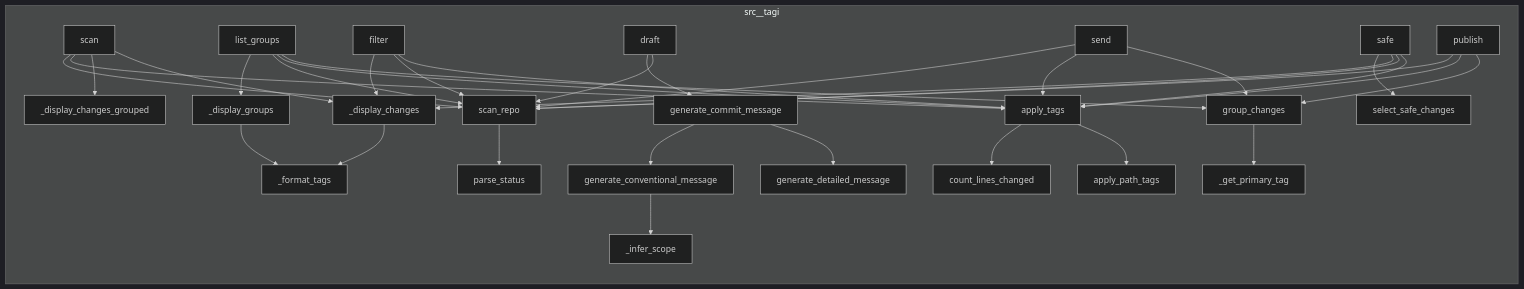
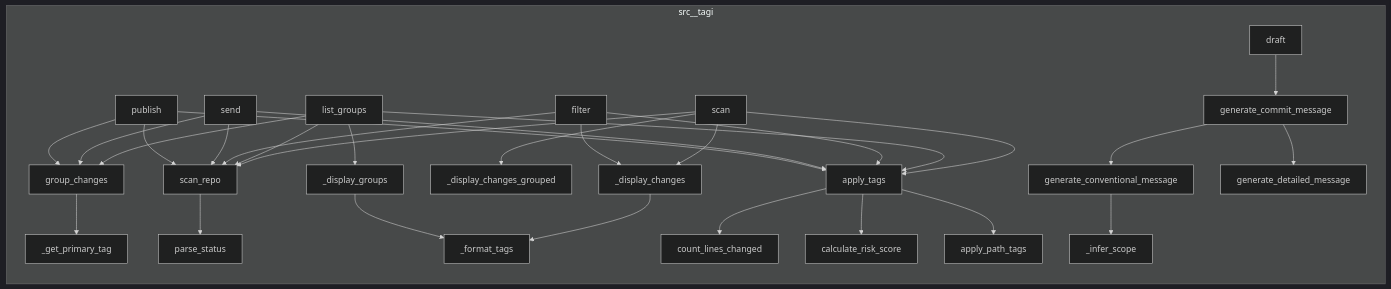
The diagram in project/calls.mmd (semcod/tagi), drawn with Mermaid (dark theme) before and after one commit. The commit also changed 36 other files, not shown here.

```diff
--- a/project/calls.mmd
+++ b/project/calls.mmd
@@ -1,59 +1,54 @@
 flowchart LR
 %% generated in 0.00s
     subgraph src__tagi
-        src__tagi__cli__scan["scan"]
-        src__tagi__scanner__files__count_lines_changed["count_lines_changed"]
-        src__tagi__scanner__status__parse_status["parse_status"]
-        src__tagi__composer__commit_message__generate_conventional_message["generate_conventional_message"]
-        src__tagi__heuristics__tags__apply_tags["apply_tags"]
-        src__tagi__cli__publish["publish"]
-        src__tagi__cli__send["send"]
-        src__tagi__composer__commit_message___infer_scope["_infer_scope"]
-        src__tagi__planner__selector__select_safe_changes["select_safe_changes"]
-        src__tagi__cli__safe["safe"]
-        src__tagi__planner__grouper__group_changes["group_changes"]
-        src__tagi__cli__list_groups["list_groups"]
-        src__tagi__composer__commit_message__generate_commit_message["generate_commit_message"]
-        src__tagi__composer__commit_message__generate_detailed_message["generate_detailed_message"]
-        src__tagi__cli__filter["filter"]
-        src__tagi__cli___display_changes_grouped["_display_changes_grouped"]
         src__tagi__cli__draft["draft"]
         src__tagi__heuristics__tags__apply_path_tags["apply_path_tags"]
+        src__tagi__scanner__files__count_lines_changed["count_lines_changed"]
         src__tagi__cli___display_groups["_display_groups"]
+        src__tagi__cli__scan["scan"]
+        src__tagi__composer__commit_message__generate_detailed_message["generate_detailed_message"]
         src__tagi__planner__grouper___get_primary_tag["_get_primary_tag"]
-        src__tagi__cli___display_changes["_display_changes"]
+        src__tagi__cli___display_changes_grouped["_display_changes_grouped"]
         src__tagi__scanner__status__scan_repo["scan_repo"]
         src__tagi__cli___format_tags["_format_tags"]
+        src__tagi__heuristics__scoring__calculate_risk_score["calculate_risk_score"]
+        src__tagi__composer__commit_message__generate_commit_message["generate_commit_message"]
+        src__tagi__composer__commit_message___infer_scope["_infer_scope"]
+        src__tagi__cli__filter["filter"]
+        src__tagi__cli__list_groups["list_groups"]
+        src__tagi__cli__publish["publish"]
+        src__tagi__composer__commit_message__generate_conventional_message["generate_conventional_message"]
+        src__tagi__cli__send["send"]
+        src__tagi__heuristics__tags__apply_tags["apply_tags"]
+        src__tagi__cli___display_changes["_display_changes"]
+        src__tagi__planner__grouper__group_changes["group_changes"]
+        src__tagi__scanner__status__parse_status["parse_status"]
     end
+    src__tagi__planner__grouper__group_changes --> src__tagi__planner__grouper___get_primary_tag
     src__tagi__scanner__status__scan_repo --> src__tagi__scanner__status__parse_status
-    src__tagi__heuristics__tags__apply_tags --> src__tagi__scanner__files__count_lines_changed
-    src__tagi__heuristics__tags__apply_tags --> src__tagi__heuristics__tags__apply_path_tags
-    src__tagi__composer__commit_message__generate_commit_message --> src__tagi__composer__commit_message__generate_conventional_message
-    src__tagi__composer__commit_message__generate_commit_message --> src__tagi__composer__commit_message__generate_detailed_message
-    src__tagi__composer__commit_message__generate_conventional_message --> src__tagi__composer__commit_message___infer_scope
-    src__tagi__planner__grouper__group_changes --> src__tagi__planner__grouper___get_primary_tag
     src__tagi__cli__scan --> src__tagi__scanner__status__scan_repo
     src__tagi__cli__scan --> src__tagi__heuristics__tags__apply_tags
     src__tagi__cli__scan --> src__tagi__cli___display_changes_grouped
     src__tagi__cli__scan --> src__tagi__cli___display_changes
     src__tagi__cli__list_groups --> src__tagi__cli___display_groups
     src__tagi__cli__list_groups --> src__tagi__scanner__status__scan_repo
     src__tagi__cli__list_groups --> src__tagi__heuristics__tags__apply_tags
     src__tagi__cli__list_groups --> src__tagi__planner__grouper__group_changes
     src__tagi__cli__filter --> src__tagi__cli___display_changes
     src__tagi__cli__filter --> src__tagi__scanner__status__scan_repo
     src__tagi__cli__filter --> src__tagi__heuristics__tags__apply_tags
     src__tagi__cli__draft --> src__tagi__composer__commit_message__generate_commit_message
-    src__tagi__cli__draft --> src__tagi__scanner__status__scan_repo
     src__tagi__cli__send --> src__tagi__scanner__status__scan_repo
     src__tagi__cli__send --> src__tagi__heuristics__tags__apply_tags
     src__tagi__cli__send --> src__tagi__planner__grouper__group_changes
-    src__tagi__cli__safe --> src__tagi__planner__selector__select_safe_changes
-    src__tagi__cli__safe --> src__tagi__cli___display_changes
-    src__tagi__cli__safe --> src__tagi__scanner__status__scan_repo
-    src__tagi__cli__safe --> src__tagi__heuristics__tags__apply_tags
     src__tagi__cli__publish --> src__tagi__scanner__status__scan_repo
     src__tagi__cli__publish --> src__tagi__heuristics__tags__apply_tags
     src__tagi__cli__publish --> src__tagi__planner__grouper__group_changes
     src__tagi__cli___display_changes --> src__tagi__cli___format_tags
     src__tagi__cli___display_groups --> src__tagi__cli___format_tags
+    src__tagi__heuristics__tags__apply_tags --> src__tagi__scanner__files__count_lines_changed
+    src__tagi__heuristics__tags__apply_tags --> src__tagi__heuristics__scoring__calculate_risk_score
+    src__tagi__heuristics__tags__apply_tags --> src__tagi__heuristics__tags__apply_path_tags
+    src__tagi__composer__commit_message__generate_commit_message --> src__tagi__composer__commit_message__generate_conventional_message
+    src__tagi__composer__commit_message__generate_commit_message --> src__tagi__composer__commit_message__generate_detailed_message
+    src__tagi__composer__commit_message__generate_conventional_message --> src__tagi__composer__commit_message___infer_scope
```
